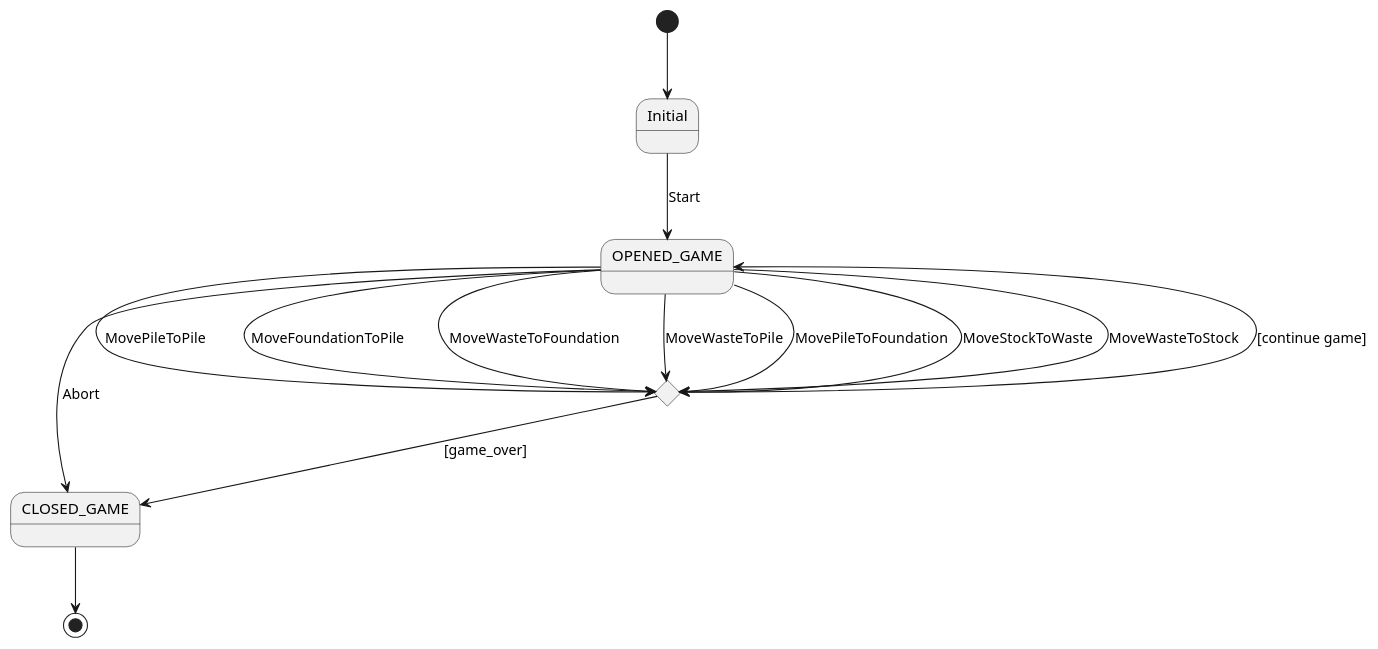
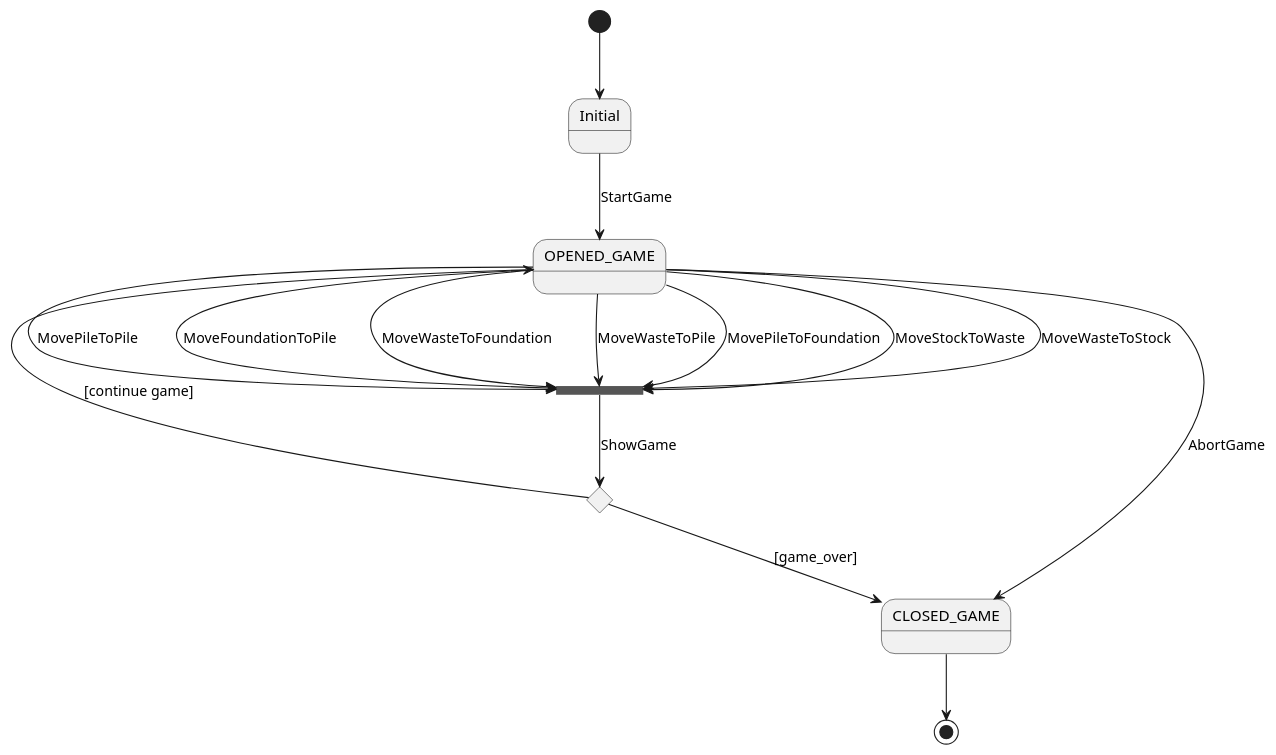
Before and after one commit to ciscoruiz/klondike: the diagram in requirements/useCaseView/state-diagram.puml, drawn with PlantUML. The commit also changed 5 other files, not shown here.

Commit message:
Update Readme.md Add missing views to package_diagram Create AbortGame UC Create ShowGame UC Rename StartGame UC Update state diagram including ShowGame UC

```diff
--- a/requirements/useCaseView/state-diagram.puml
+++ b/requirements/useCaseView/state-diagram.puml
@@ -1,20 +1,22 @@
 @startuml
 [*] --> Initial
 
 state game_over <<choice>>
+state show_game <<join>>
 
-Initial --> OPENED_GAME : Start
-OPENED_GAME -> CLOSED_GAME : Abort
-OPENED_GAME -> game_over : MovePileToPile
-OPENED_GAME -> game_over : MoveFoundationToPile
-OPENED_GAME -> game_over : MoveWasteToFoundation
-OPENED_GAME -> game_over : MoveWasteToPile
-OPENED_GAME -> game_over : MovePileToFoundation
-OPENED_GAME -> game_over : MoveStockToWaste
-OPENED_GAME -> game_over : MoveWasteToStock
+Initial --> OPENED_GAME : StartGame
+OPENED_GAME --> CLOSED_GAME : AbortGame
+OPENED_GAME --> show_game : MovePileToPile
+OPENED_GAME --> show_game : MoveFoundationToPile
+OPENED_GAME --> show_game : MoveWasteToFoundation
+OPENED_GAME --> show_game : MoveWasteToPile
+OPENED_GAME --> show_game : MovePileToFoundation
+OPENED_GAME --> show_game : MoveStockToWaste
+OPENED_GAME --> show_game : MoveWasteToStock
+show_game --> game_over : ShowGame
 
 game_over --> CLOSED_GAME : [game_over]
 game_over --> OPENED_GAME : [continue game]
 
 CLOSED_GAME --> [*]
 @enduml
```
